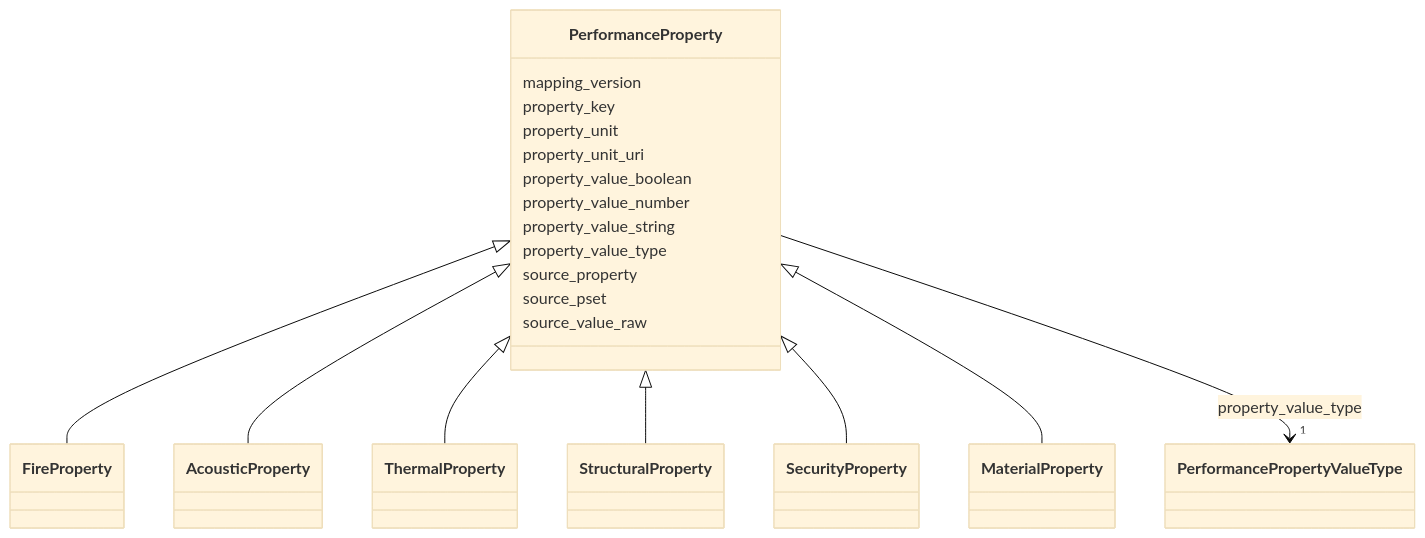
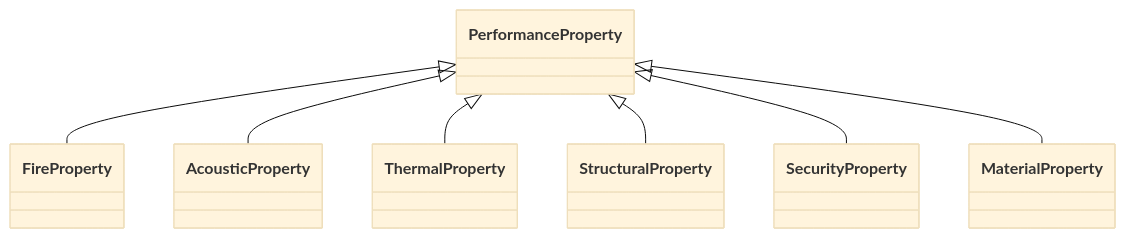
The diagram in site/schema/PerformanceProperty.md (simondilhas/pragmatic-bim-data-contract), drawn with Mermaid (base theme) before and after one commit. The commit also changed other lines of this file and 561 other files, not shown here.

First line of the commit message:
Integrate Mermaid and Panzoom for enhanced documentation visualization

````diff
--- a/site/schema/PerformanceProperty.md
+++ b/site/schema/PerformanceProperty.md
@@ -27,30 +29,19 @@
 ```mermaid
- classDiagram
-    class PerformanceProperty
-    click PerformanceProperty href "./PerformanceProperty.html"
-      PerformanceProperty <|-- FireProperty
-        click FireProperty href "./FireProperty.html"
-      PerformanceProperty <|-- AcousticProperty
-        click AcousticProperty href "./AcousticProperty.html"
-      PerformanceProperty <|-- ThermalProperty
-        click ThermalProperty href "./ThermalProperty.html"
-      PerformanceProperty <|-- StructuralProperty
-        click StructuralProperty href "./StructuralProperty.html"
-      PerformanceProperty <|-- SecurityProperty
-        click SecurityProperty href "./SecurityProperty.html"
-      PerformanceProperty <|-- MaterialProperty
-        click MaterialProperty href "./MaterialProperty.html"
-      PerformanceProperty : mapping_version
-      PerformanceProperty : property_key
-      PerformanceProperty : property_unit
-      PerformanceProperty : property_unit_uri
-      PerformanceProperty : property_value_boolean
-      PerformanceProperty : property_value_number
-      PerformanceProperty : property_value_string
-      PerformanceProperty : property_value_type
-        PerformanceProperty --> "1" PerformancePropertyValueType : property_value_type
-        click PerformancePropertyValueType href "./PerformancePropertyValueType.html"
-      PerformanceProperty : source_property
-      PerformanceProperty : source_pset
-      PerformanceProperty : source_value_raw
+classDiagram
+direction TB
+class PerformanceProperty
+click PerformanceProperty href "./PerformanceProperty.html" _blank
+PerformanceProperty <|-- FireProperty
+click FireProperty href "./FireProperty.html" _blank
+PerformanceProperty <|-- AcousticProperty
+click AcousticProperty href "./AcousticProperty.html" _blank
+PerformanceProperty <|-- ThermalProperty
+click ThermalProperty href "./ThermalProperty.html" _blank
+PerformanceProperty <|-- StructuralProperty
+click StructuralProperty href "./StructuralProperty.html" _blank
+PerformanceProperty <|-- SecurityProperty
+click SecurityProperty href "./SecurityProperty.html" _blank
+PerformanceProperty <|-- MaterialProperty
+click MaterialProperty href "./MaterialProperty.html" _blank
+click PerformancePropertyValueType href "./PerformancePropertyValueType.html" _blank
 ```
````
